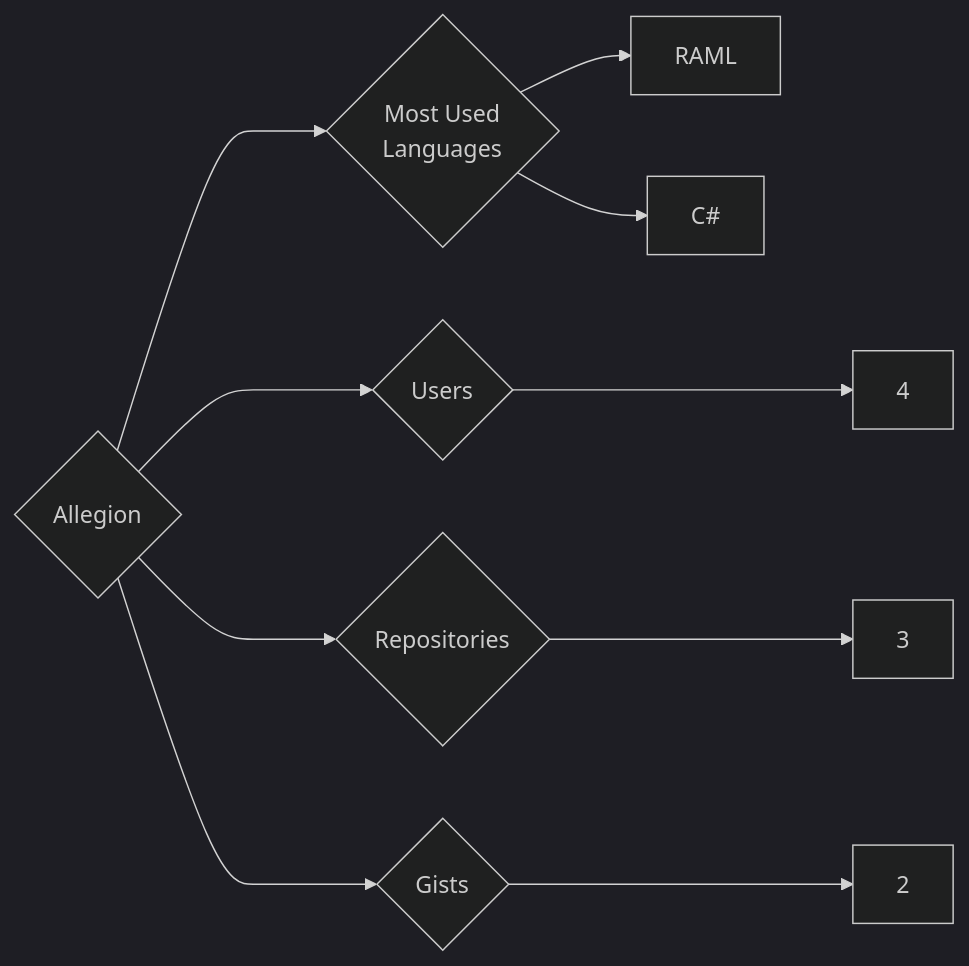
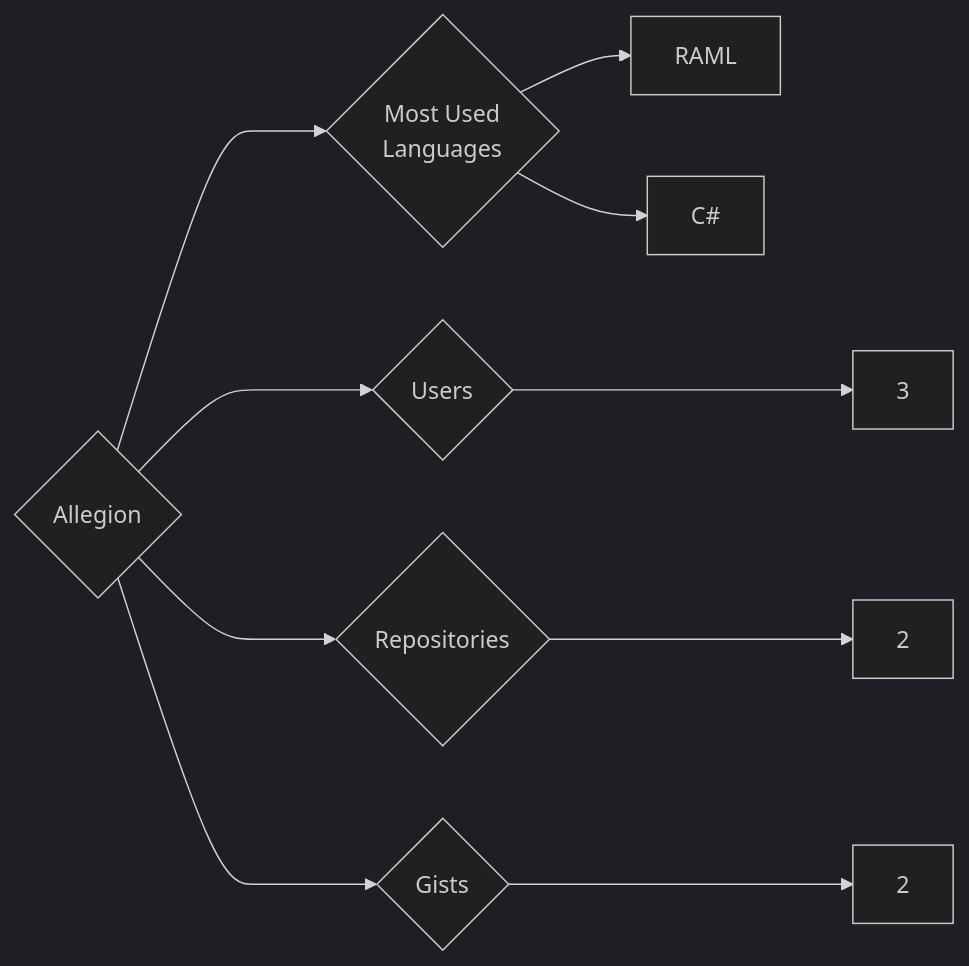
Before and after one commit to trickest/insiders: the diagram in targets/Allegion/README.md, drawn with Mermaid (dark theme). The commit also changed 1003 other files, not shown here.

````diff
--- a/targets/Allegion/README.md
+++ b/targets/Allegion/README.md
@@ -3,10 +3,10 @@
 ```mermaid
 graph LR
 COMPANY_NAME{Allegion}
-COMPANY_NAME ---> U{Users} ---> UN[4]
-COMPANY_NAME ---> R{Repositories} ---> RN[3]
+COMPANY_NAME ---> U{Users} ---> UN[3]
+COMPANY_NAME ---> R{Repositories} ---> RN[2]
 COMPANY_NAME ---> G{Gists} ---> GN[2]
 COMPANY_NAME ---> ML{Most Used<br>Languages}
 ML --> RAML[RAML]
 ML --> C#[C#]
 ```
````
